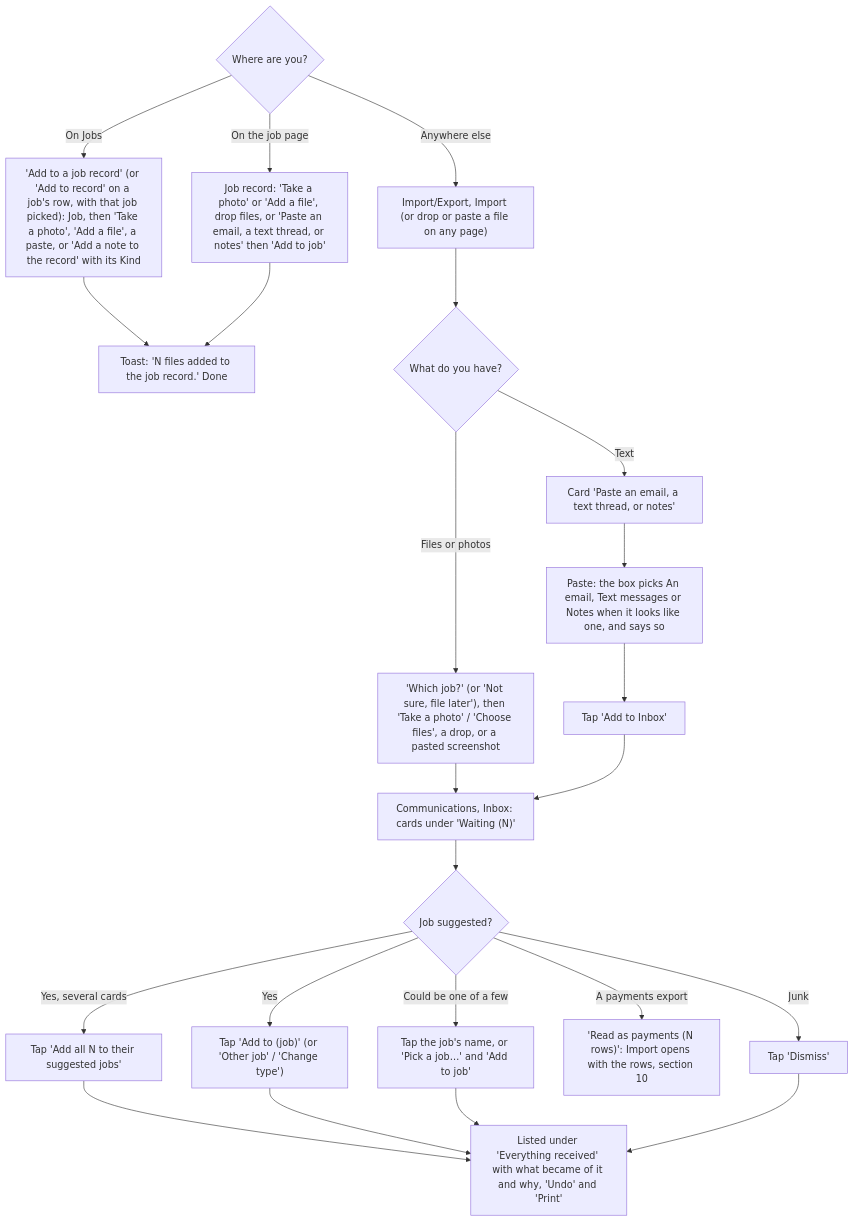
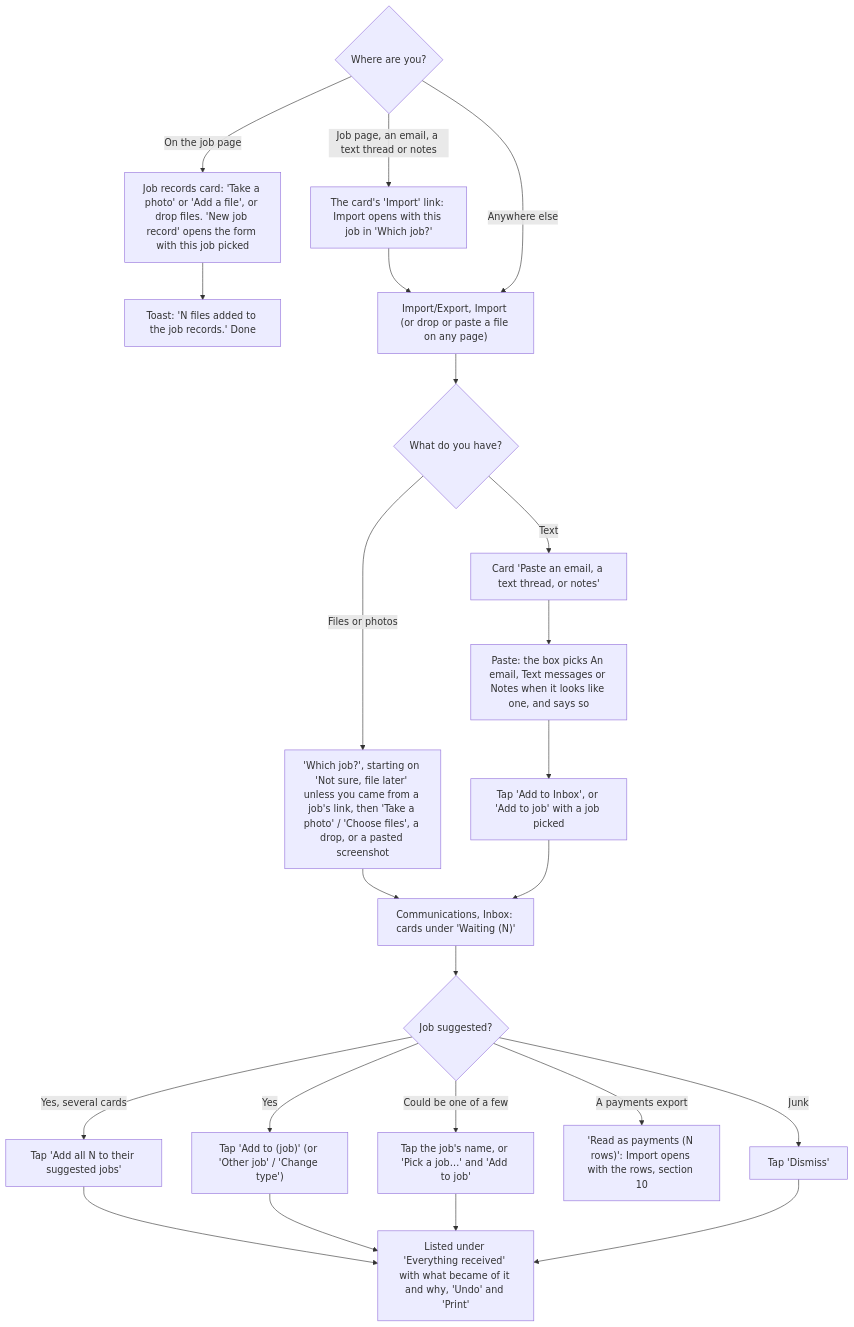
Before and after one commit to cartwrightstephen/billdable: the fifth of 18 diagrams in docs/client-flows.md, drawn with Mermaid. The commit also changed other lines of this file and 2 other files, not shown here.

First line of the commit message:
Docs brought up to the Nov 3 overhaul: flows, README, manual test

````diff
--- a/docs/client-flows.md
+++ b/docs/client-flows.md
@@ -200,25 +226,25 @@
 ```mermaid
 flowchart TD
-    A{"Where are you?"} -->|"On the job page"| B["Job record: 'Take a photo' or 'Add a file', drop files, or 'Paste an email, a text thread, or notes' then 'Add to job'"]
-    A -->|"On Jobs"| JR["'Add to a job record' (or 'Add to record' on a job's row, with that job picked): Job, then 'Take a photo', 'Add a file', a paste, or 'Add a note to the record' with its Kind"]
-    JR --> C
-    B --> C["Toast: 'N files added to the job record.' Done"]
+    A{"Where are you?"} -->|"On the job page"| B["Job records card: 'Take a photo' or 'Add a file', or drop files. 'New job record' opens the form with this job picked"]
+    B --> C["Toast: 'N files added to the job records.' Done"]
+    A -->|"Job page, an email, a text thread or notes"| B2["The card's 'Import' link: Import opens with this job in 'Which job?'"]
+    B2 --> D
     A -->|"Anywhere else"| D["Import/Export, Import (or drop or paste a file on any page)"]
     D --> E{"What do you have?"}
-    E -->|"Files or photos"| F["'Which job?' (or 'Not sure, file later'), then 'Take a photo' / 'Choose files', a drop, or a pasted screenshot"]
+    E -->|"Files or photos"| F["'Which job?', starting on 'Not sure, file later' unless you came from a job's link, then 'Take a photo' / 'Choose files', a drop, or a pasted screenshot"]
     E -->|"Text"| G["Card 'Paste an email, a text thread, or notes'"]
     G --> H["Paste: the box picks An email, Text messages or Notes when it looks like one, and says so"]
-    H --> K["Tap 'Add to Inbox'"]
+    H --> K["Tap 'Add to Inbox', or 'Add to job' with a job picked"]
     F --> L["Communications, Inbox: cards under 'Waiting (N)'"]
     K --> L
     L --> M{"Job suggested?"}
     M -->|"Yes, several cards"| N["Tap 'Add all N to their suggested jobs'"]
     M -->|"Yes"| O["Tap 'Add to (job)' (or 'Other job' / 'Change type')"]
     M -->|"Could be one of a few"| P["Tap the job's name, or 'Pick a job…' and 'Add to job'"]
     M -->|"A payments export"| PAY["'Read as payments (N rows)': Import opens with the rows, section 10"]
     M -->|"Junk"| Q["Tap 'Dismiss'"]
     N --> R["Listed under 'Everything received' with what became of it and why, 'Undo' and 'Print'"]
     O --> R
     P --> R
     Q --> R
 ```
````
